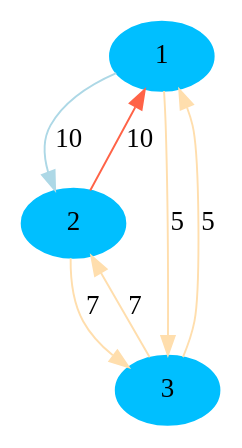
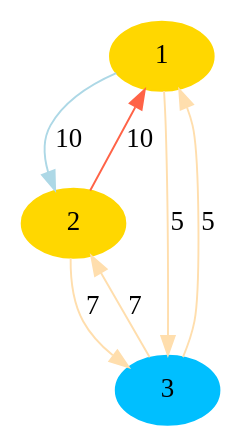
The diagram in run/output/graph051.gv (CarlosMatheus/Distributed-Minimum-Spanning-Tree), drawn with Graphviz before and after one commit. The commit also changed 100 other files, not shown here.

```diff
--- a/run/output/graph051.gv
+++ b/run/output/graph051.gv
@@ -1,11 +1,11 @@
 digraph "output/graph051" {
-	1 [color=deepskyblue1 style=filled]
-	2 [color=deepskyblue1 style=filled]
+	1 [color=gold1 style=filled]
+	2 [color=gold1 style=filled]
 	3 [color=deepskyblue1 style=filled]
 	1 -> 2 [label=10 color=lightblue]
 	2 -> 1 [label=10 color=tomato]
 	2 -> 3 [label=7 color=navajowhite]
 	3 -> 2 [label=7 color=navajowhite]
 	1 -> 3 [label=5 color=navajowhite]
 	3 -> 1 [label=5 color=navajowhite]
 }
```
